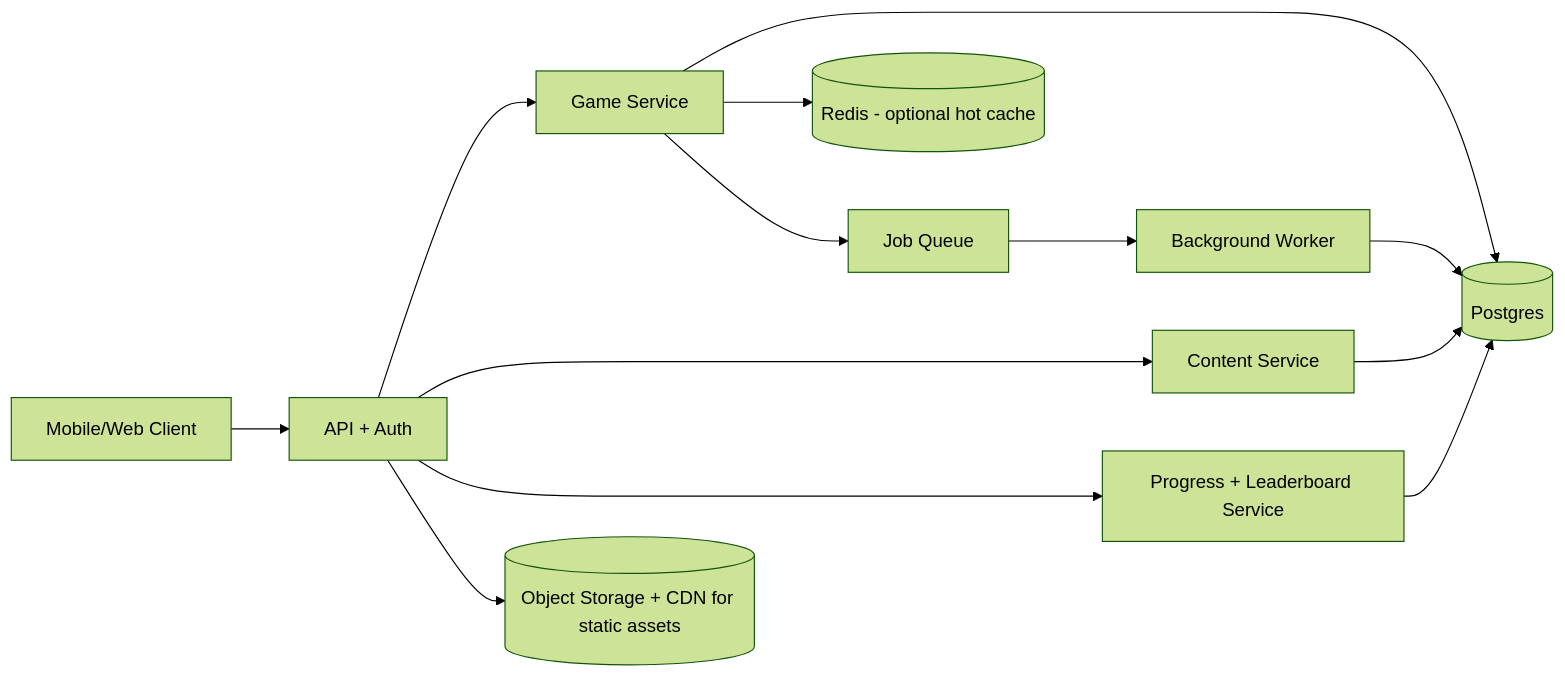
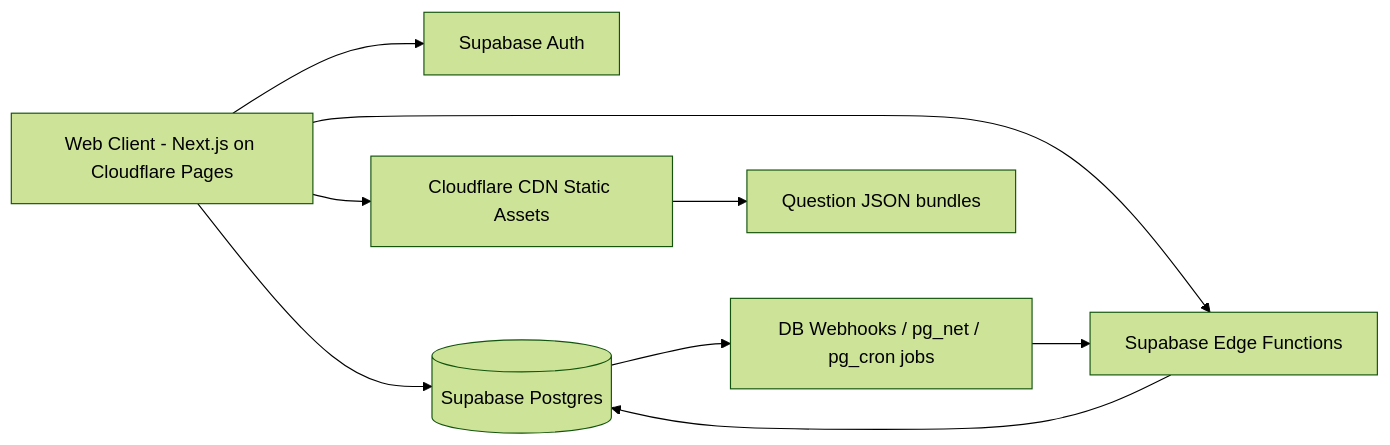
The diagram in docs/arena-masterplan/01-architecture.md (lktiep/english4kids), drawn with Mermaid (forest theme) before and after one commit. The commit also changed other lines of this file, not shown here.

Commit message:
docs(arena): rewrite architecture as supabase-native duel-only v1 plan

````diff
--- a/docs/arena-masterplan/01-architecture.md
+++ b/docs/arena-masterplan/01-architecture.md
@@ -44,18 +58,13 @@
 ```mermaid
 flowchart LR
-    C[Mobile/Web Client] --> API[API + Auth]
-    API --> GAME[Game Service]
-    API --> CONTENT[Content Service]
-    API --> PROGRESS[Progress + Leaderboard Service]
+    U[Web Client - Next.js on Cloudflare Pages] --> A[Supabase Auth]
+    U --> DB[(Supabase Postgres)]
+    U --> F[Supabase Edge Functions]
 
-    GAME --> DB[(Postgres)]
-    CONTENT --> DB
-    PROGRESS --> DB
+    F --> DB
+    DB --> W[DB Webhooks / pg_net / pg_cron jobs]
+    W --> F
 
-    GAME --> CACHE[(Redis - optional hot cache)]
-    API --> OBJ[(Object Storage + CDN for static assets)]
-
-    GAME --> Q[Job Queue]
-    Q --> W[Background Worker]
-    W --> DB
+    U --> CDN[Cloudflare CDN Static Assets]
+    CDN --> QJSON[Question JSON bundles]
 ```
````
